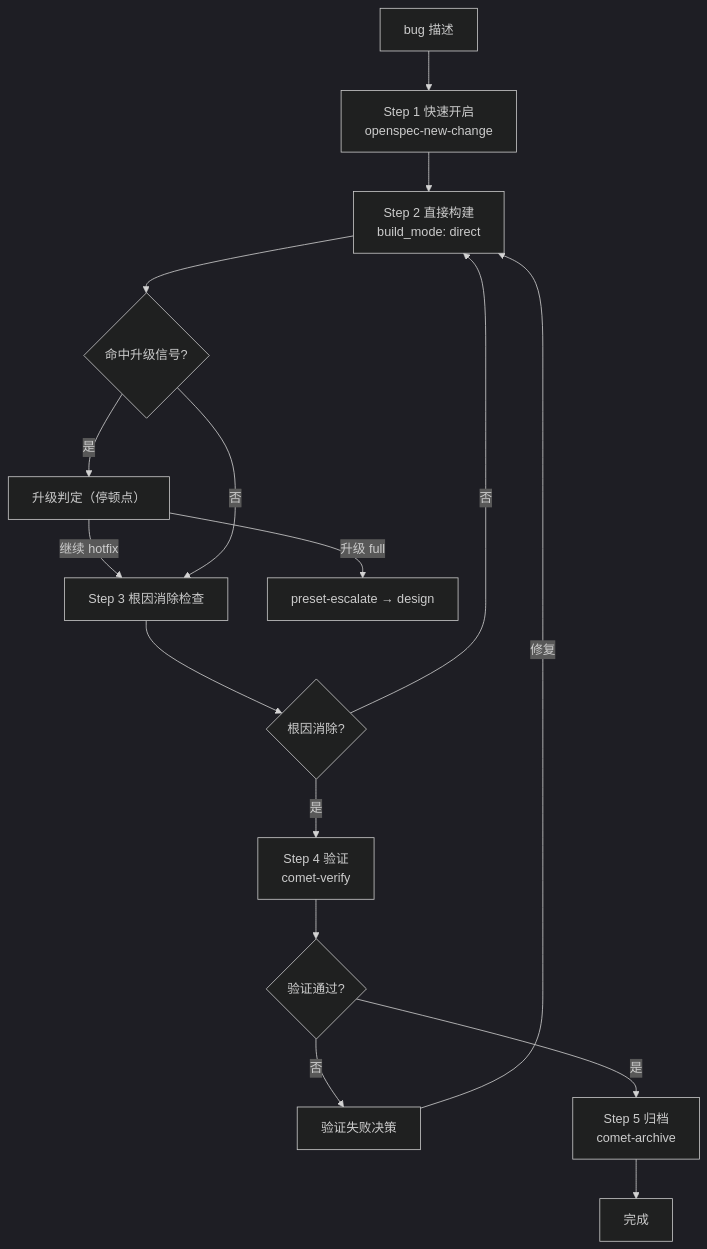
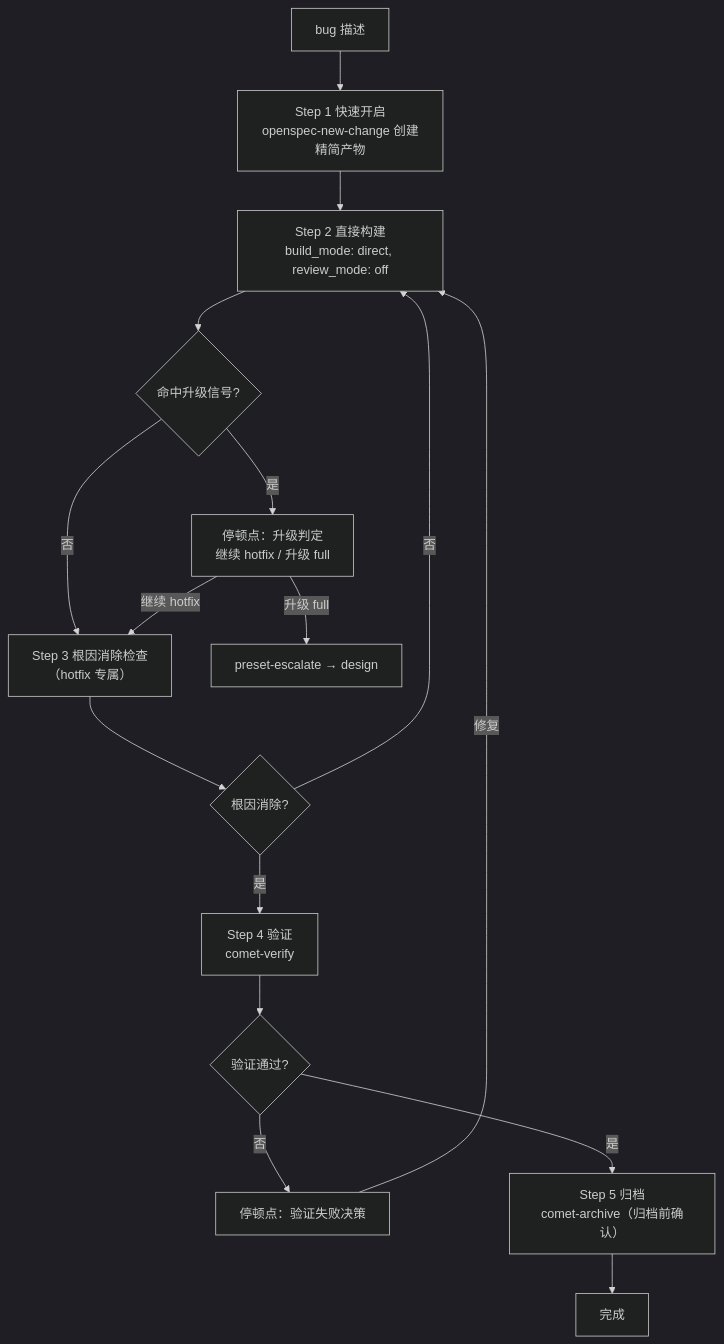
One commit to rpamis/comet-website-docs changed the diagram in zh/presets/hotfix.mdx. Above: the diagram before and after it, drawn with Mermaid (dark theme). The commit also changed other lines of this file and 1 other file, not shown here.

First line of the commit message:
docs(zh): rewrite hotfix and tweak preset pages from user perspective

````diff
--- a/zh/presets/hotfix.mdx
+++ b/zh/presets/hotfix.mdx
@@ -109,18 +55,18 @@
 ```mermaid
 flowchart TD
-  A["bug 描述"] --> B["Step 1 快速开启<br/>openspec-new-change"]
-  B --> C["Step 2 直接构建<br/>build_mode: direct"]
-  C --> D{"命中升级信号?"}
-  D -->|是| E["升级判定（停顿点）"]
-  E -->|继续 hotfix| F
-  E -->|升级 full| G["preset-escalate → design"]
-  D -->|否| F["Step 3 根因消除检查"]
-  F --> H{"根因消除?"}
-  H -->|否| C
-  H -->|是| I["Step 4 验证<br/>comet-verify"]
-  I --> J{"验证通过?"}
-  J -->|否| K["验证失败决策"]
-  K -->|修复| C
-  J -->|是| L["Step 5 归档<br/>comet-archive"]
-  L --> M["完成"]
+    Start["bug 描述"] --> S1["Step 1 快速开启<br/>openspec-new-change 创建精简产物"]
+    S1 --> S2["Step 2 直接构建<br/>build_mode: direct, review_mode: off"]
+    S2 --> Esc{"命中升级信号?"}
+    Esc -->|是| EscStop["停顿点：升级判定<br/>继续 hotfix / 升级 full"]
+    Esc -->|否| S3["Step 3 根因消除检查<br/>（hotfix 专属）"]
+    EscStop -->|继续 hotfix| S3
+    EscStop -->|升级 full| EscUp["preset-escalate → design"]
+    S3 --> Root{"根因消除?"}
+    Root -->|否| S2
+    Root -->|是| S4["Step 4 验证<br/>comet-verify"]
+    S4 --> Vf{"验证通过?"}
+    Vf -->|否| VfStop["停顿点：验证失败决策"]
+    VfStop -->|修复| S2
+    Vf -->|是| S5["Step 5 归档<br/>comet-archive（归档前确认）"]
+    S5 --> Done["完成"]
 ```
````
